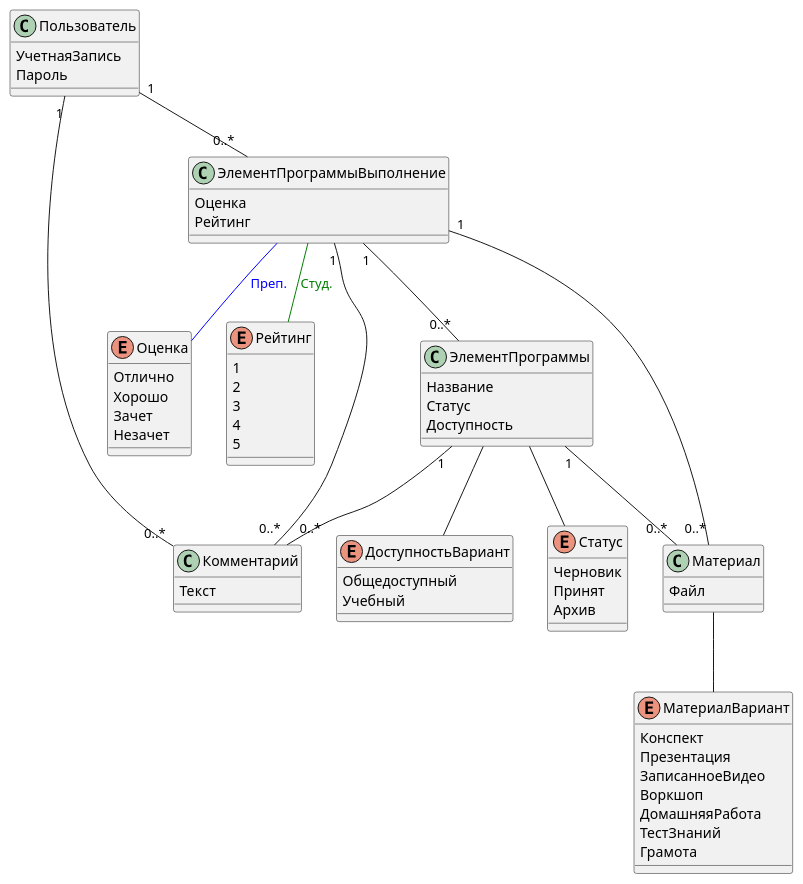
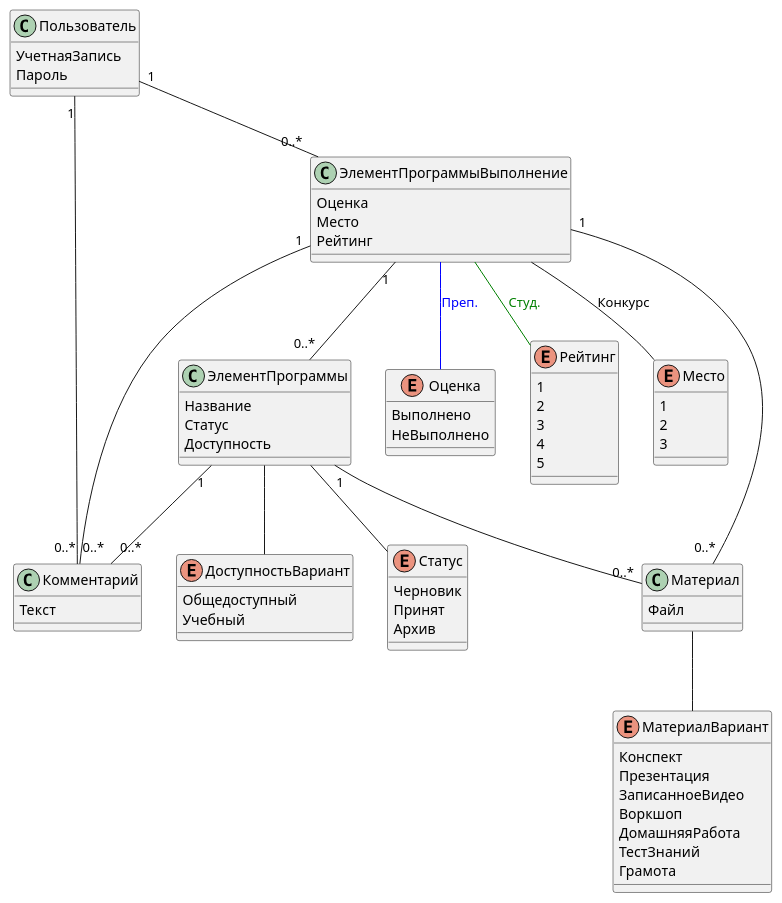
Before and after one commit to karpoftea/mts-kata-2023: the third of 3 diagrams in docs/domain/model.md, drawn with PlantUML. The commit also changed other lines of this file and 1 other file, not shown here.

Commit message:
Добавил UC учебы администратора

```diff
--- a/docs/domain/model.md
+++ b/docs/domain/model.md
@@ -201,6 +206,7 @@
 class ЭлементПрограммыВыполнение 
     {
         Оценка
+        Место
         Рейтинг
     }
 
@@ -208,10 +214,8 @@
 
 enum Оценка
     {
-        Отлично
-        Хорошо
-        Зачет
-        Незачет
+        Выполнено
+        НеВыполнено
     }
 
 ЭлементПрограммыВыполнение -- Рейтинг #line:green;text:green : Студ.
@@ -225,6 +229,14 @@
         5
     }
 
+ЭлементПрограммыВыполнение -- Место : Конкурс
+
+enum Место
+    {
+        1
+        2
+        3
+    }
 
 class Материал
     {
```
